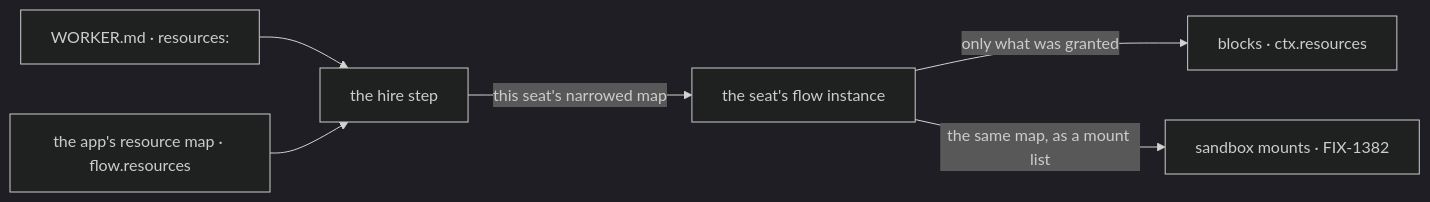
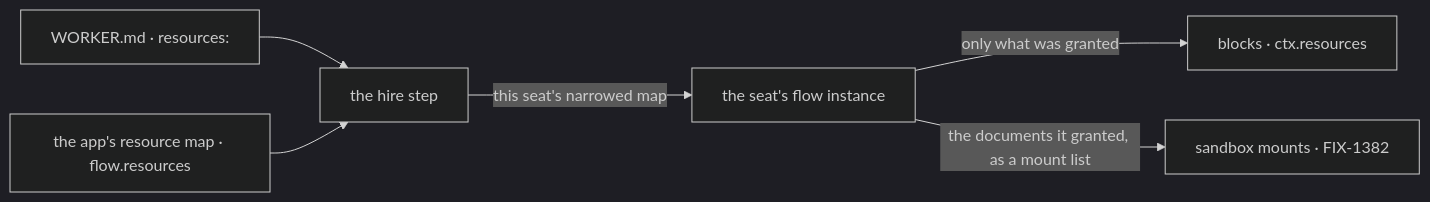
Before and after one commit to fixpoint-labs/flow-state-dev: the diagram in spec/FIX-1381/SPEC.md, drawn with Mermaid (dark theme). The commit also changed other lines of this file and 3 other files, not shown here.

````diff
--- a/spec/FIX-1381/SPEC.md
+++ b/spec/FIX-1381/SPEC.md
@@ -48,8 +48,8 @@
 ```mermaid
 flowchart LR
   W["WORKER.md · resources:"] --> H["the hire step"]
   A["the app's resource map · flow.resources"] --> H
   H -->|"this seat's narrowed map"| S["the seat's flow instance"]
   S -->|"only what was granted"| B["blocks · ctx.resources"]
-  S -->|"the same map, as a mount list"| M["sandbox mounts · FIX-1382"]
+  S -->|"the documents it granted, as a mount list"| M["sandbox mounts · FIX-1382"]
 ```
````
